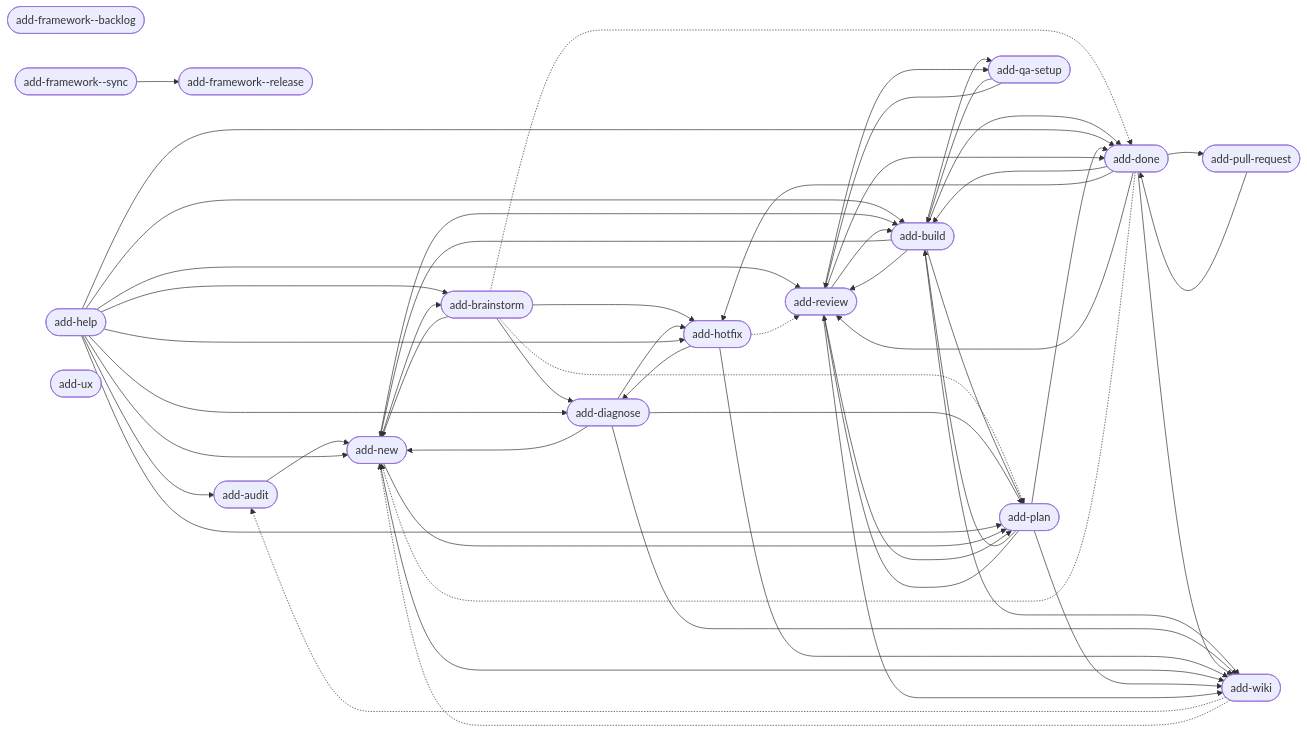
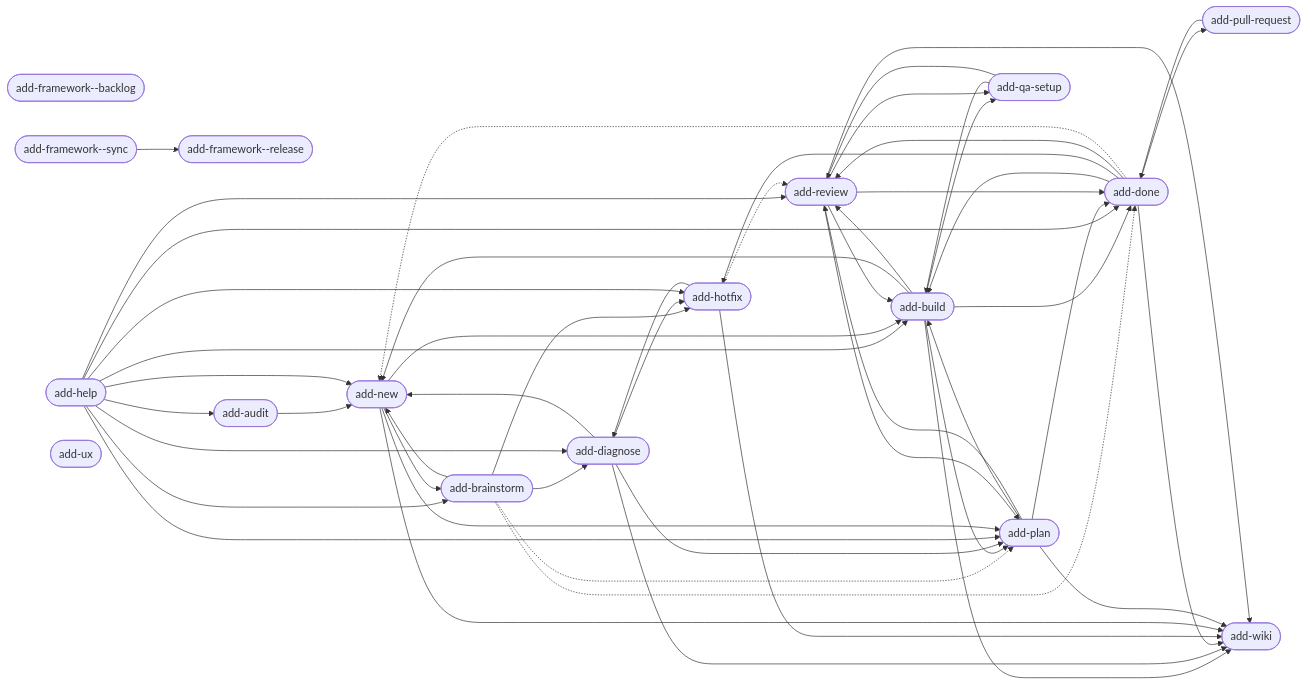
One commit to brabos-ai/code-addiction changed the diagram in web/public/artefact-graph.mmd. Above: the diagram before and after it, drawn with Mermaid. The commit also changed 6 other files, not shown here.

```diff
--- a/web/public/artefact-graph.mmd
+++ b/web/public/artefact-graph.mmd
@@ -1,71 +1,69 @@
 flowchart LR
     n_internal_command_add_framework__backlog(["add-framework--backlog"])
     n_internal_command_add_framework__release(["add-framework--release"])
     n_internal_command_add_framework__sync(["add-framework--sync"])
     n_product_command_add_audit(["add-audit"])
     n_product_command_add_brainstorm(["add-brainstorm"])
     n_product_command_add_build(["add-build"])
     n_product_command_add_diagnose(["add-diagnose"])
     n_product_command_add_done(["add-done"])
     n_product_command_add_help(["add-help"])
     n_product_command_add_hotfix(["add-hotfix"])
     n_product_command_add_new(["add-new"])
     n_product_command_add_plan(["add-plan"])
     n_product_command_add_pull_request(["add-pull-request"])
     n_product_command_add_qa_setup(["add-qa-setup"])
     n_product_command_add_review(["add-review"])
     n_product_command_add_ux(["add-ux"])
     n_product_command_add_wiki(["add-wiki"])
     n_internal_command_add_framework__sync --> n_internal_command_add_framework__release
     n_product_command_add_audit --> n_product_command_add_new
     n_product_command_add_brainstorm --> n_product_command_add_diagnose
     n_product_command_add_brainstorm --> n_product_command_add_hotfix
     n_product_command_add_brainstorm --> n_product_command_add_new
     n_product_command_add_brainstorm -.-> n_product_command_add_done
     n_product_command_add_brainstorm -.-> n_product_command_add_plan
     n_product_command_add_build --> n_product_command_add_done
     n_product_command_add_build --> n_product_command_add_new
     n_product_command_add_build --> n_product_command_add_plan
     n_product_command_add_build --> n_product_command_add_qa_setup
     n_product_command_add_build --> n_product_command_add_review
     n_product_command_add_build --> n_product_command_add_wiki
     n_product_command_add_diagnose --> n_product_command_add_hotfix
     n_product_command_add_diagnose --> n_product_command_add_new
     n_product_command_add_diagnose --> n_product_command_add_plan
     n_product_command_add_diagnose --> n_product_command_add_wiki
     n_product_command_add_done --> n_product_command_add_build
     n_product_command_add_done --> n_product_command_add_hotfix
     n_product_command_add_done --> n_product_command_add_pull_request
     n_product_command_add_done --> n_product_command_add_review
     n_product_command_add_done --> n_product_command_add_wiki
     n_product_command_add_done -.-> n_product_command_add_new
     n_product_command_add_help --> n_product_command_add_audit
     n_product_command_add_help --> n_product_command_add_brainstorm
     n_product_command_add_help --> n_product_command_add_build
     n_product_command_add_help --> n_product_command_add_diagnose
     n_product_command_add_help --> n_product_command_add_done
     n_product_command_add_help --> n_product_command_add_hotfix
     n_product_command_add_help --> n_product_command_add_new
     n_product_command_add_help --> n_product_command_add_plan
     n_product_command_add_help --> n_product_command_add_review
     n_product_command_add_hotfix --> n_product_command_add_diagnose
     n_product_command_add_hotfix --> n_product_command_add_wiki
     n_product_command_add_hotfix -.-> n_product_command_add_review
     n_product_command_add_new --> n_product_command_add_brainstorm
     n_product_command_add_new --> n_product_command_add_build
     n_product_command_add_new --> n_product_command_add_plan
     n_product_command_add_new --> n_product_command_add_wiki
     n_product_command_add_plan --> n_product_command_add_build
     n_product_command_add_plan --> n_product_command_add_done
     n_product_command_add_plan --> n_product_command_add_review
     n_product_command_add_plan --> n_product_command_add_wiki
     n_product_command_add_pull_request --> n_product_command_add_done
     n_product_command_add_qa_setup --> n_product_command_add_build
     n_product_command_add_qa_setup --> n_product_command_add_review
     n_product_command_add_review --> n_product_command_add_build
     n_product_command_add_review --> n_product_command_add_done
     n_product_command_add_review --> n_product_command_add_plan
     n_product_command_add_review --> n_product_command_add_qa_setup
     n_product_command_add_review --> n_product_command_add_wiki
-    n_product_command_add_wiki -.-> n_product_command_add_audit
-    n_product_command_add_wiki -.-> n_product_command_add_new
```
